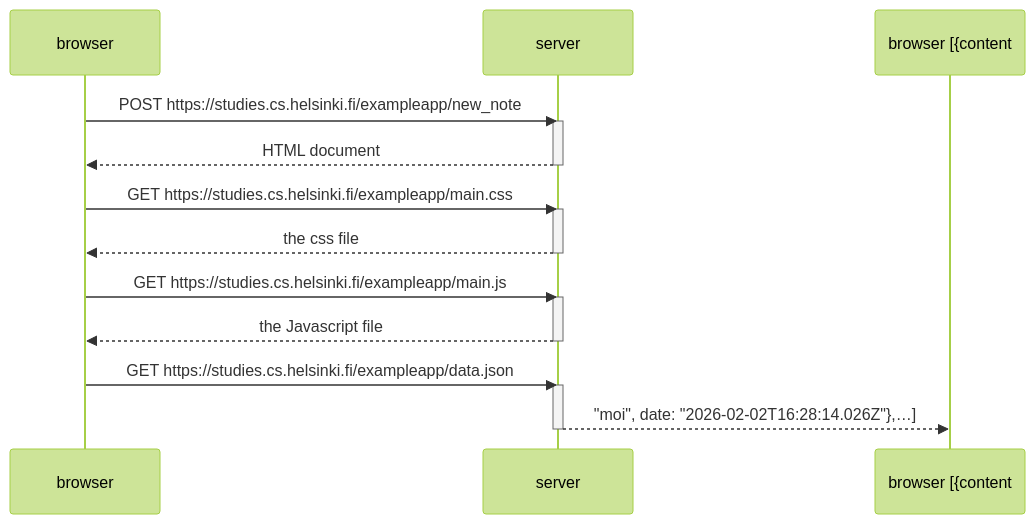
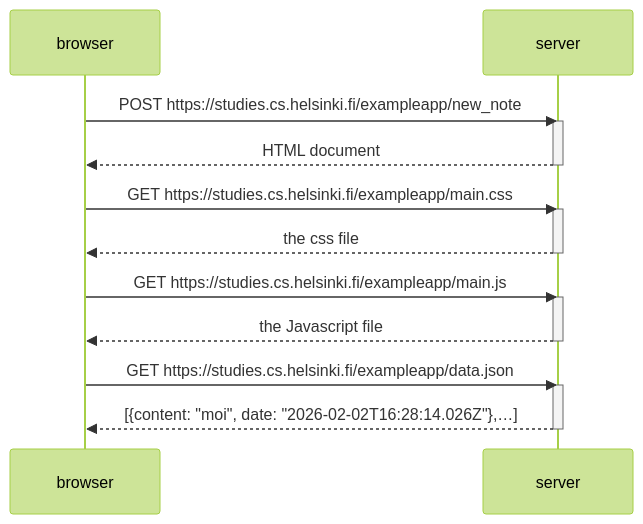
The diagram in part0/0.4_exercise.md (EdwardVNguyen/helsinki-full-stack-open), drawn with Mermaid (forest theme) before and after one commit.

Commit message:
0.4 exercise fix bug 2

````diff
--- a/part0/0.4_exercise.md
+++ b/part0/0.4_exercise.md
@@ -1,26 +1,26 @@
 ```mermaid
 sequenceDiagram
     participant browser
     participant server
 
     browser->>server: POST https://studies.cs.helsinki.fi/exampleapp/new_note
     activate server
     server-->>browser: HTML document
     deactivate server
 
     browser->>server: GET https://studies.cs.helsinki.fi/exampleapp/main.css
     activate server
     server-->>browser: the css file
     deactivate server
     
     browser->>server: GET https://studies.cs.helsinki.fi/exampleapp/main.js
     activate server
     server-->>browser: the Javascript file
     deactivate server
 
     browser->>server: GET https://studies.cs.helsinki.fi/exampleapp/data.json
     activate server
-    server-->>browser [{content: "moi", date: "2026-02-02T16:28:14.026Z"},…]
+    server-->>browser: [{content: "moi", date: "2026-02-02T16:28:14.026Z"},…]
     deactivate server
 
 ```
````
